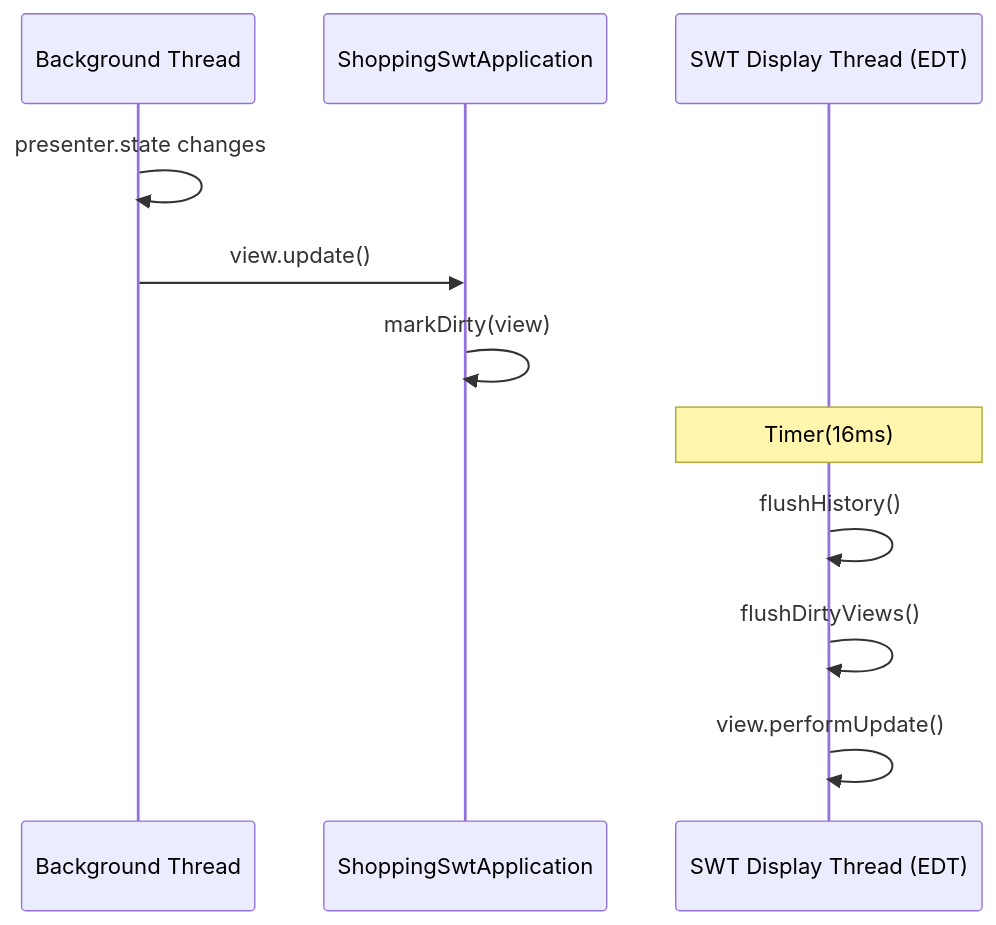
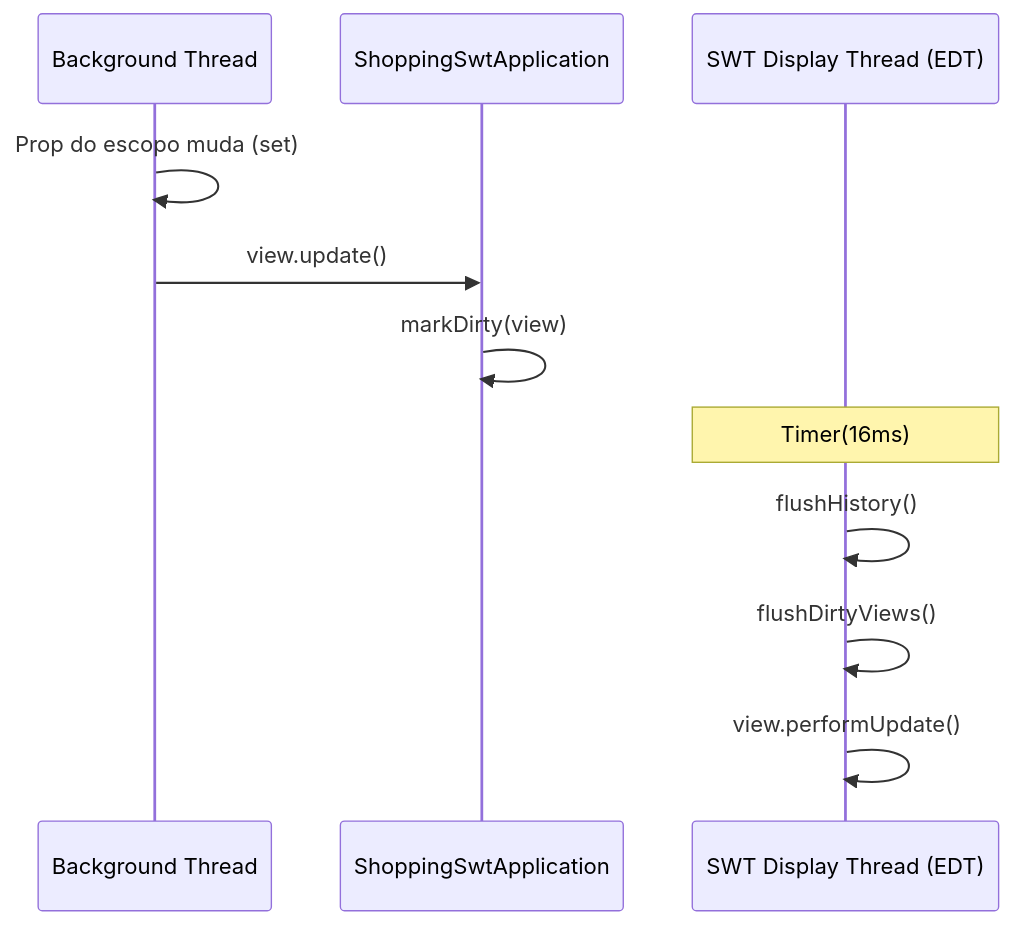
Before and after one commit to mrcdom/wdc-cube-java-v2: the second of 3 diagrams in fontes/br.com.wdc.shopping/br.com.wdc.shopping.view.swt/README.md, drawn with Mermaid. The commit also changed 64 other files, not shown here.

````diff
--- a/fontes/br.com.wdc.shopping/br.com.wdc.shopping.view.swt/README.md
+++ b/fontes/br.com.wdc.shopping/br.com.wdc.shopping.view.swt/README.md
@@ -20,14 +20,14 @@
 ```mermaid
 sequenceDiagram
     participant BG as Background Thread
     participant App as ShoppingSwtApplication
     participant EDT as SWT Display Thread (EDT)
 
-    BG->>BG: presenter.state changes
+    BG->>BG: Prop do escopo muda (set)
     BG->>App: view.update()
     App->>App: markDirty(view)
     Note over EDT: Timer(16ms)
     EDT->>EDT: flushHistory()
     EDT->>EDT: flushDirtyViews()
     EDT->>EDT: view.performUpdate()
 ```
````
